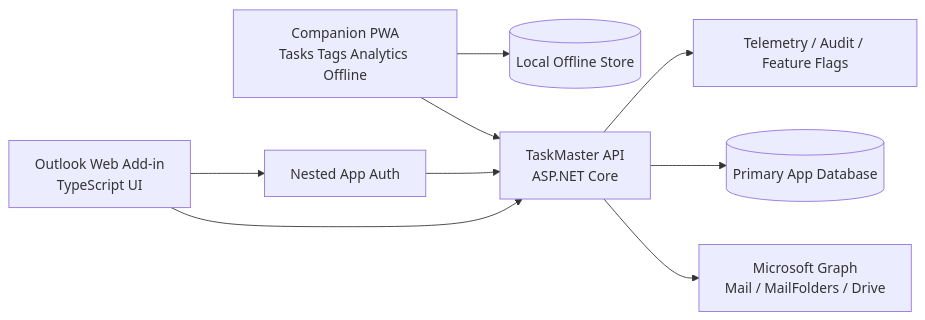
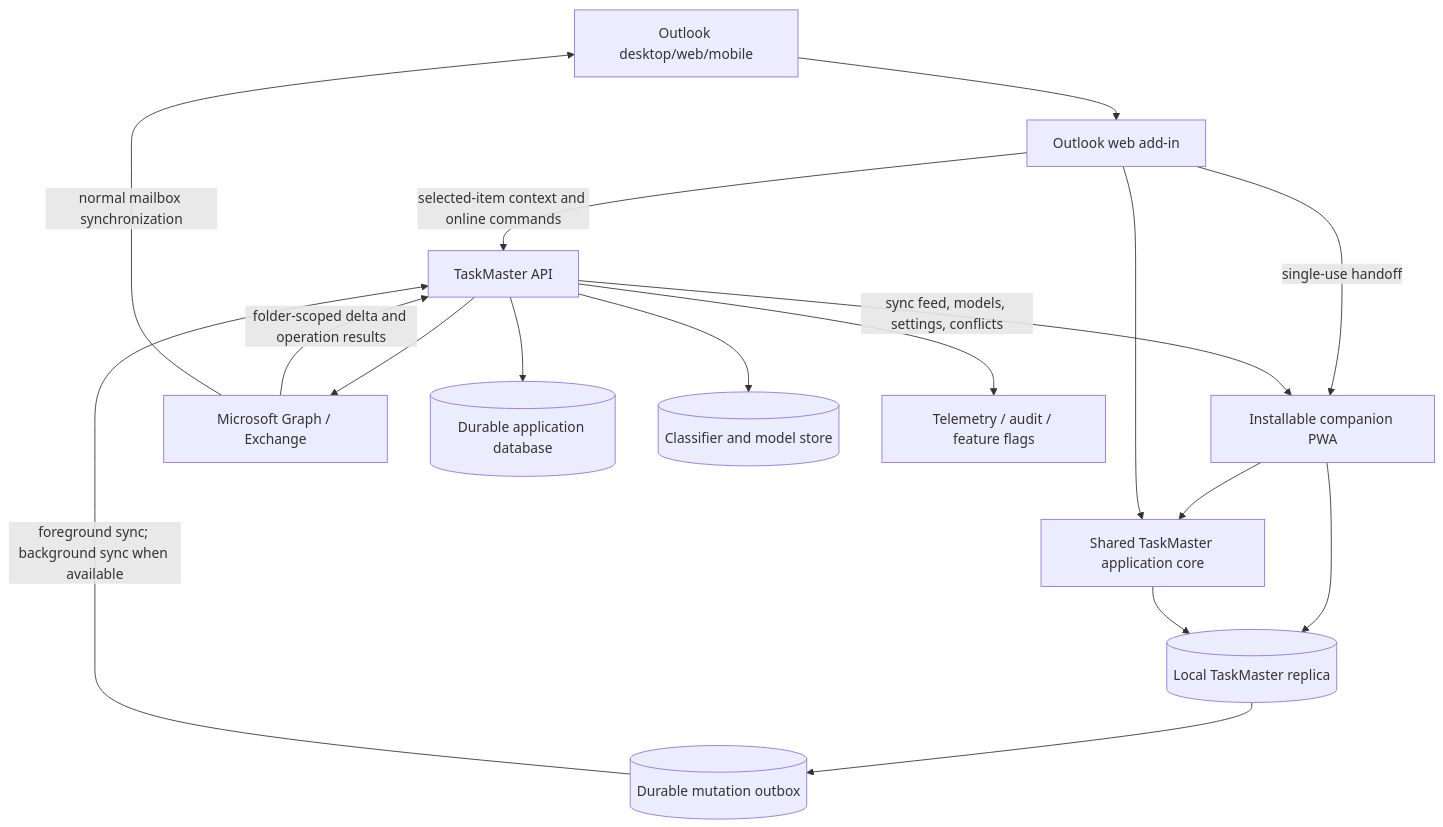
One commit to drmoisan/TaskMaster changed the diagram in docs/migration/pre-planning/TaskMaster Migration to a Modern Supported Architecture.md. Above: the diagram before and after it, drawn with Mermaid. The commit also changed other lines of this file, not shown here.

Commit message:
docs(migration): strengthen local-first PWA architecture

````diff
--- a/docs/migration/pre-planning/TaskMaster Migration to a Modern Supported Architecture.md
+++ b/docs/migration/pre-planning/TaskMaster Migration to a Modern Supported Architecture.md
@@ -85,11 +107,23 @@
 ```mermaid
-flowchart LR
-    A[Outlook Web Add-in<br>TypeScript UI] --> B[TaskMaster API<br>ASP.NET Core]
-    C[Companion PWA<br>Tasks Tags Analytics Offline] --> B
-    B --> D[Microsoft Graph<br>Mail / MailFolders / Drive]
-    B --> E[(Primary App Database)]
-    C --> F[(Local Offline Store)]
-    A --> G[Nested App Auth]
-    G --> B
-    B --> H[Telemetry / Audit / Feature Flags]
+flowchart TB
+    O[Outlook desktop/web/mobile] --> A[Outlook web add-in]
+    A -->|selected-item context and online commands| API[TaskMaster API]
+    A -->|single-use handoff| PWA[Installable companion PWA]
+
+    PWA --> CORE[Shared TaskMaster application core]
+    A --> CORE
+
+    PWA --> LOCAL[(Local TaskMaster replica)]
+    CORE --> LOCAL
+    LOCAL --> OUTBOX[(Durable mutation outbox)]
+
+    OUTBOX -->|foreground sync; background sync when available| API
+    API --> GRAPH[Microsoft Graph / Exchange]
+    API --> DB[(Durable application database)]
+    API --> MODELS[(Classifier and model store)]
+    API --> OBS[Telemetry / audit / feature flags]
+
+    GRAPH -->|folder-scoped delta and operation results| API
+    API -->|sync feed, models, settings, conflicts| PWA
+    GRAPH -->|normal mailbox synchronization| O
 ```
````
